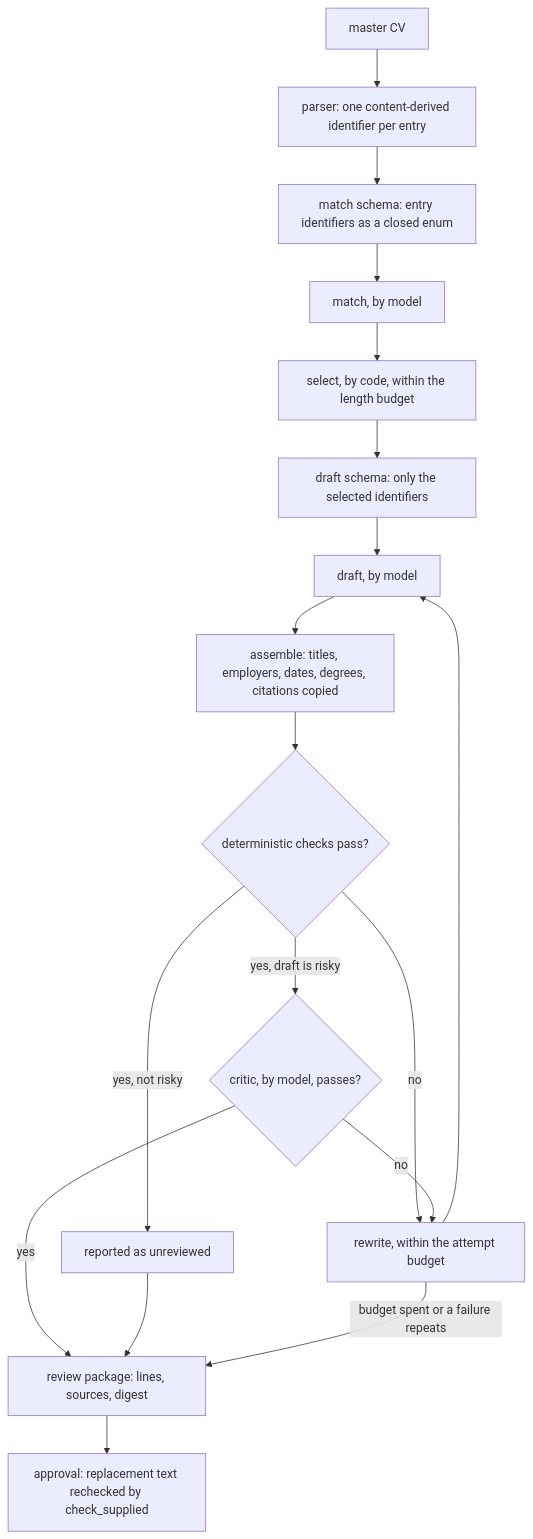
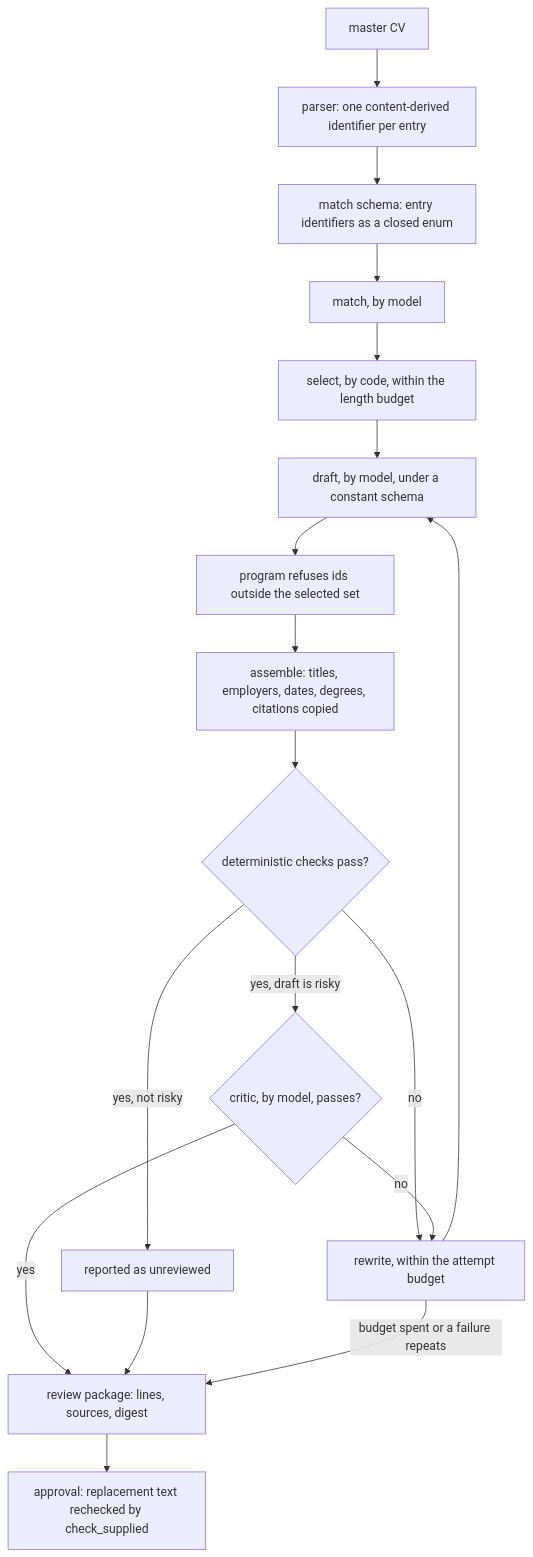
One commit to sethstraw/clearscout changed the diagram in docs/truth-and-provenance.md. Above: the diagram before and after it, drawn with Mermaid. The commit also changed other lines of this file and 10 other files, not shown here.

````diff
--- a/docs/truth-and-provenance.md
+++ b/docs/truth-and-provenance.md
@@ -20,20 +21,20 @@
 ```mermaid
 flowchart TD
     cv["master CV"] --> parse["parser: one content-derived identifier per entry"]
     parse --> matchschema["match schema: entry identifiers as a closed enum"]
     matchschema --> match["match, by model"]
     match --> select["select, by code, within the length budget"]
-    select --> draftschema["draft schema: only the selected identifiers"]
-    draftschema --> draft["draft, by model"]
-    draft --> assemble["assemble: titles, employers, dates, degrees, citations copied"]
+    select --> draft["draft, by model, under a constant schema"]
+    draft --> idcheck["program refuses ids outside the selected set"]
+    idcheck --> assemble["assemble: titles, employers, dates, degrees, citations copied"]
     assemble --> checks{"deterministic checks pass?"}
     checks -->|no| rewrite["rewrite, within the attempt budget"]
     rewrite --> draft
     checks -->|"yes, draft is risky"| critic{"critic, by model, passes?"}
     critic -->|no| rewrite
     checks -->|"yes, not risky"| unreviewed["reported as unreviewed"]
     critic -->|yes| package["review package: lines, sources, digest"]
     unreviewed --> package
     rewrite -->|"budget spent or a failure repeats"| package
     package --> approval["approval: replacement text rechecked by check_supplied"]
 ```
````
